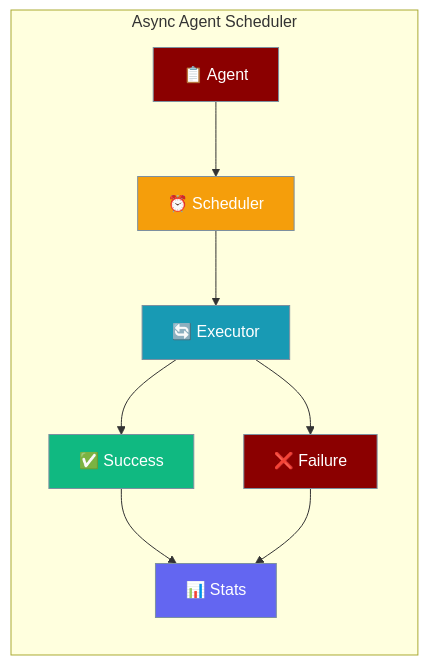
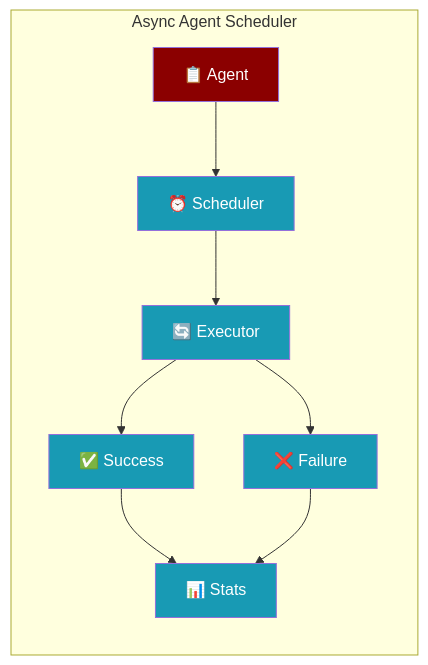
One commit to MervinPraison/PraisonAIDocs changed the first of 4 diagrams in docs/features/async-agent-scheduler.mdx. Above: the diagram before and after it, drawn with Mermaid. The commit also changed 24 other files, not shown here.

````diff
--- a/docs/features/async-agent-scheduler.mdx
+++ b/docs/features/async-agent-scheduler.mdx
@@ -14,25 +14,17 @@
 ```mermaid
 graph LR
     subgraph "Async Agent Scheduler"
         A[📋 Agent] --> B[⏰ Scheduler]
         B --> C[🔄 Executor]
         C --> D[✅ Success]
         C --> E[❌ Failure]
         D --> F[📊 Stats]
         E --> F
     end
     
-    classDef agent fill:#8B0000,stroke:#7C90A0,color:#fff
-    classDef scheduler fill:#F59E0B,stroke:#7C90A0,color:#fff
-    classDef executor fill:#189AB4,stroke:#7C90A0,color:#fff
-    classDef success fill:#10B981,stroke:#7C90A0,color:#fff
-    classDef failure fill:#8B0000,stroke:#7C90A0,color:#fff
-    classDef stats fill:#6366F1,stroke:#7C90A0,color:#fff
+    classDef agent fill:#8B0000,color:#fff
+    classDef tool fill:#189AB4,color:#fff
     
     class A agent
-    class B scheduler
-    class C executor
-    class D success
-    class E failure
-    class F stats
+    class B,C,D,E,F tool
 ```
````
